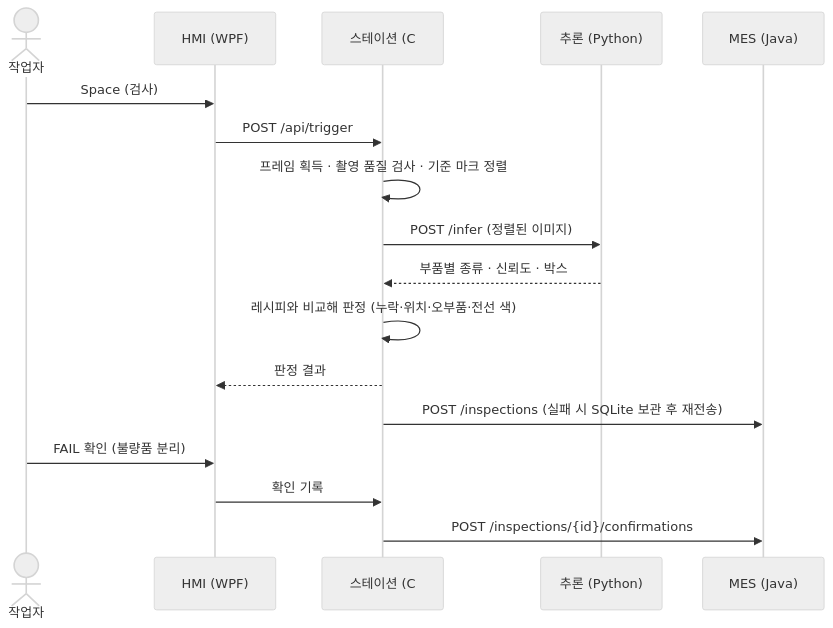
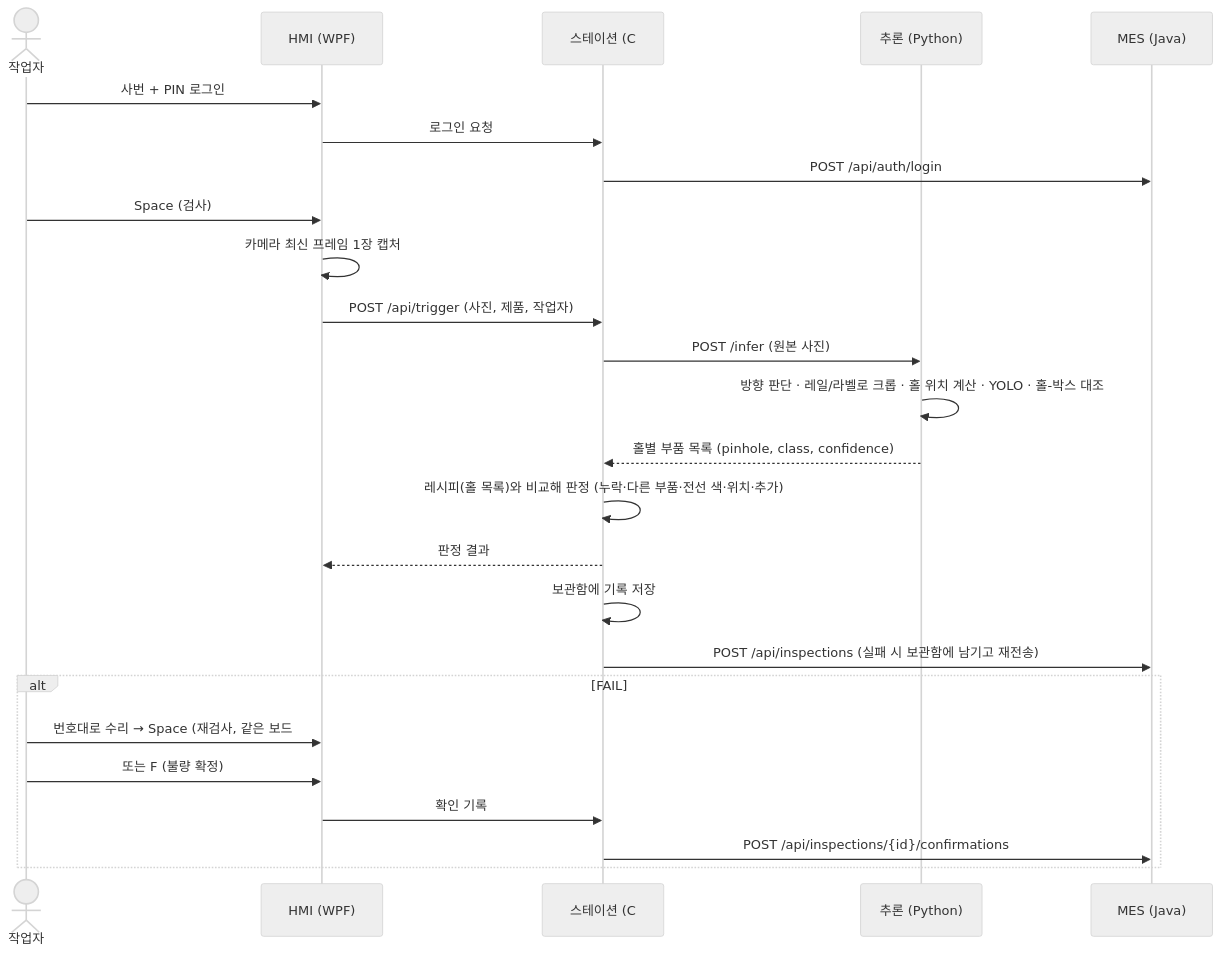
The second of 3 diagrams in README.md (JIWOO1127/pcb-aoi-station), drawn with Mermaid (neutral theme) before and after one commit. The commit also changed other lines of this file and 1 other file, not shown here.

Commit message:
[docs] MVP-25 검사 기록·확인 기록 API 계약 초안, README 현행화

````diff
--- a/README.md
+++ b/README.md
@@ -44,20 +46,28 @@
 ```mermaid
 sequenceDiagram
     actor 작업자
     participant HMI as HMI (WPF)
     participant ST as 스테이션 (C#)
     participant INF as 추론 (Python)
     participant MES as MES (Java)
 
+    작업자->>HMI: 사번 + PIN 로그인
+    HMI->>ST: 로그인 요청
+    ST->>MES: POST /api/auth/login
     작업자->>HMI: Space (검사)
-    HMI->>ST: POST /api/trigger
-    ST->>ST: 프레임 획득 · 촬영 품질 검사 · 기준 마크 정렬
-    ST->>INF: POST /infer (정렬된 이미지)
-    INF-->>ST: 부품별 종류 · 신뢰도 · 박스
-    ST->>ST: 레시피와 비교해 판정 (누락·위치·오부품·전선 색)
+    HMI->>HMI: 카메라 최신 프레임 1장 캡처
+    HMI->>ST: POST /api/trigger (사진, 제품, 작업자)
+    ST->>INF: POST /infer (원본 사진)
+    INF->>INF: 방향 판단 · 레일/라벨로 크롭 · 홀 위치 계산 · YOLO · 홀-박스 대조
+    INF-->>ST: 홀별 부품 목록 (pinhole, class, confidence)
+    ST->>ST: 레시피(홀 목록)와 비교해 판정 (누락·다른 부품·전선 색·위치·추가)
     ST-->>HMI: 판정 결과
-    ST->>MES: POST /inspections (실패 시 SQLite 보관 후 재전송)
-    작업자->>HMI: FAIL 확인 (불량품 분리)
-    HMI->>ST: 확인 기록
-    ST->>MES: POST /inspections/{id}/confirmations
+    ST->>ST: 보관함에 기록 저장
+    ST->>MES: POST /api/inspections (실패 시 보관함에 남기고 재전송)
+    alt FAIL
+        작업자->>HMI: 번호대로 수리 → Space (재검사, 같은 보드 #0007-2)
+        작업자->>HMI: 또는 F (불량 확정)
+        HMI->>ST: 확인 기록
+        ST->>MES: POST /api/inspections/{id}/confirmations
+    end
 ```
````
